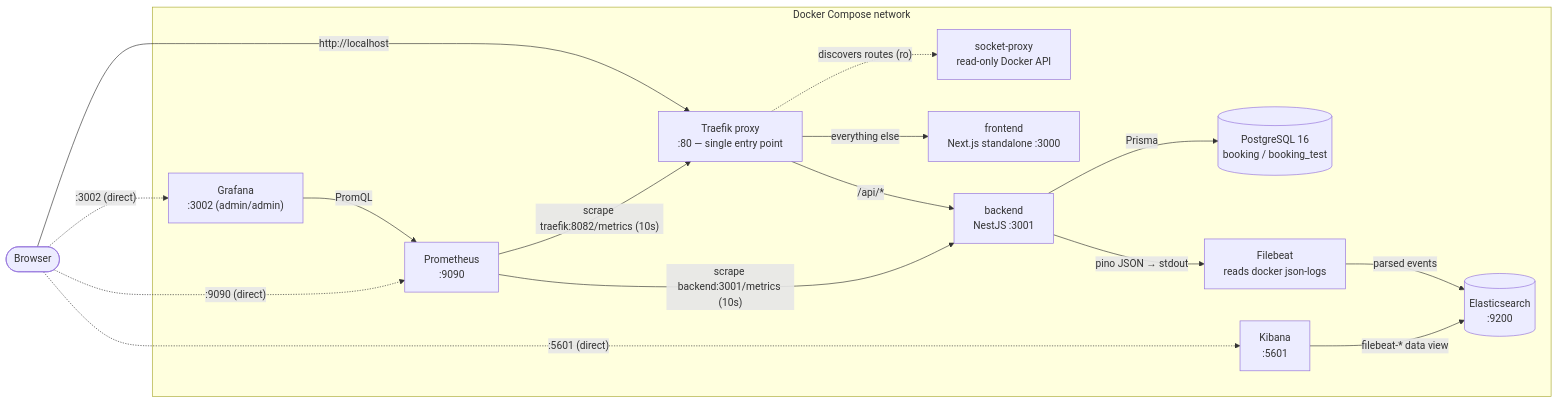
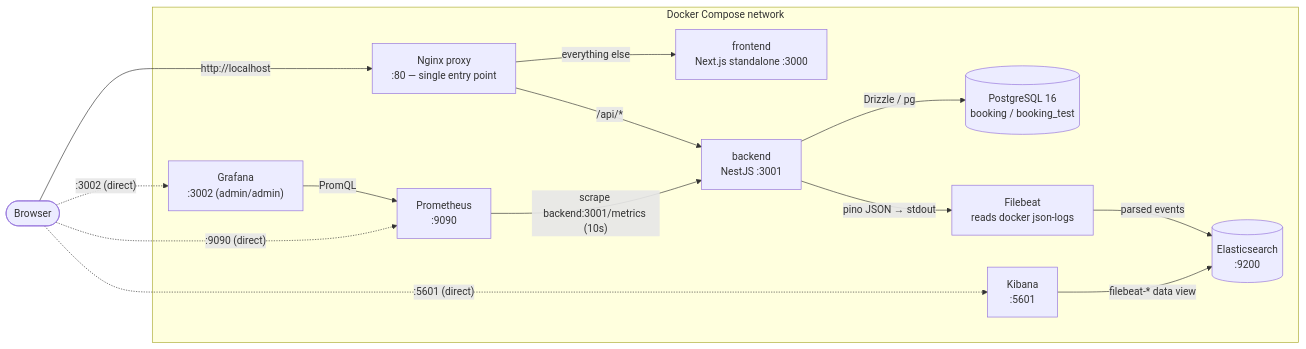
The first of 2 diagrams in README.md (dmytronedilko/meeting-room-booking), drawn with Mermaid before and after one commit. The commit also changed other lines of this file and 55 other files, not shown here.

First line of the commit message:
refactor(backend): migrate from Prisma 7 to Drizzle ORM

````diff
--- a/README.md
+++ b/README.md
@@ -48,32 +48,29 @@
 ```mermaid
 flowchart LR
     Browser(["Browser"])
 
     subgraph net["Docker Compose network"]
-        Proxy["Traefik proxy<br/>:80 — single entry point"]
-        SP["socket-proxy<br/>read-only Docker API"]
+        Proxy["Nginx proxy<br/>:80 — single entry point"]
         FE["frontend<br/>Next.js standalone :3000"]
         BE["backend<br/>NestJS :3001"]
         DB[("PostgreSQL 16<br/>booking / booking_test")]
         Prom["Prometheus<br/>:9090"]
         Graf["Grafana<br/>:3002 (admin/admin)"]
         FB["Filebeat<br/>reads docker json-logs"]
         ES[("Elasticsearch<br/>:9200")]
         Kib["Kibana<br/>:5601"]
     end
 
     Browser -- "http://localhost" --> Proxy
     Proxy -- "/api/*" --> BE
     Proxy -- "everything else" --> FE
-    BE -- "Prisma" --> DB
+    BE -- "Drizzle / pg" --> DB
     Prom -- "scrape backend:3001/metrics (10s)" --> BE
-    Prom -- "scrape traefik:8082/metrics (10s)" --> Proxy
-    Proxy -. "discovers routes (ro)" .-> SP
     Graf -- "PromQL" --> Prom
     BE -- "pino JSON → stdout" --> FB
     FB -- "parsed events" --> ES
     Kib -- "filebeat-* data view" --> ES
     Browser -. ":9090 (direct)" .-> Prom
     Browser -. ":3002 (direct)" .-> Graf
     Browser -. ":5601 (direct)" .-> Kib
 ```
````
